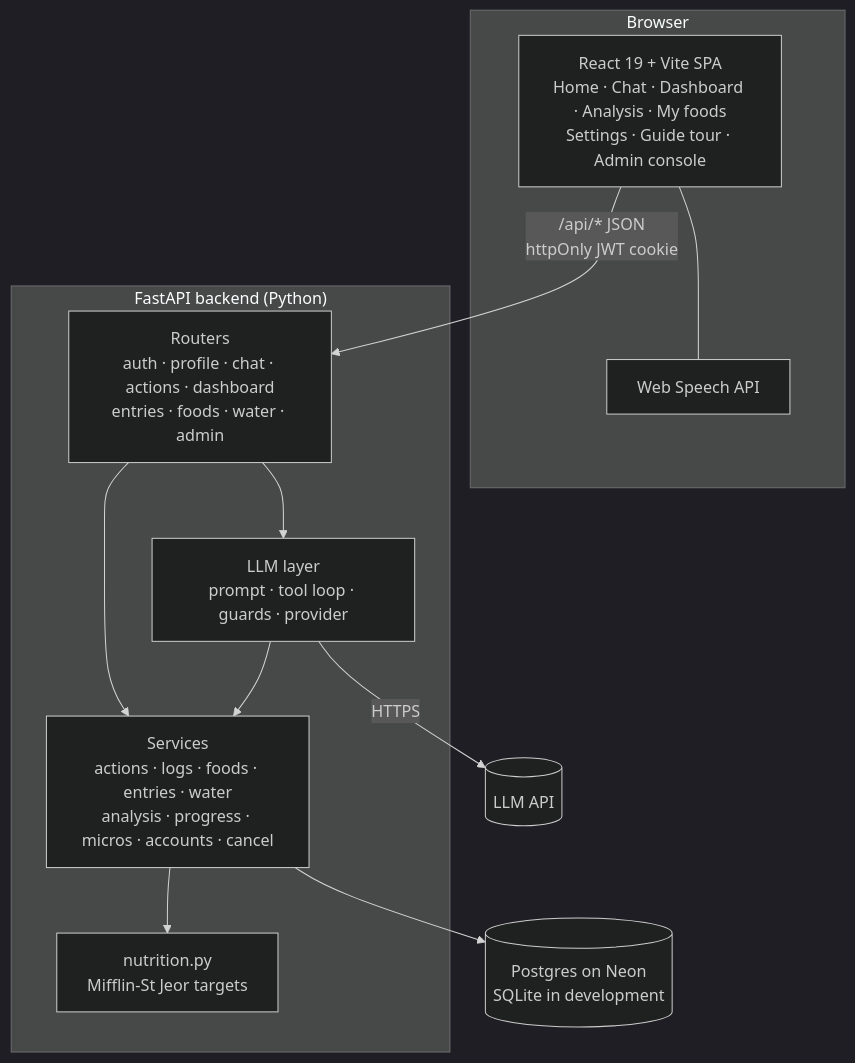
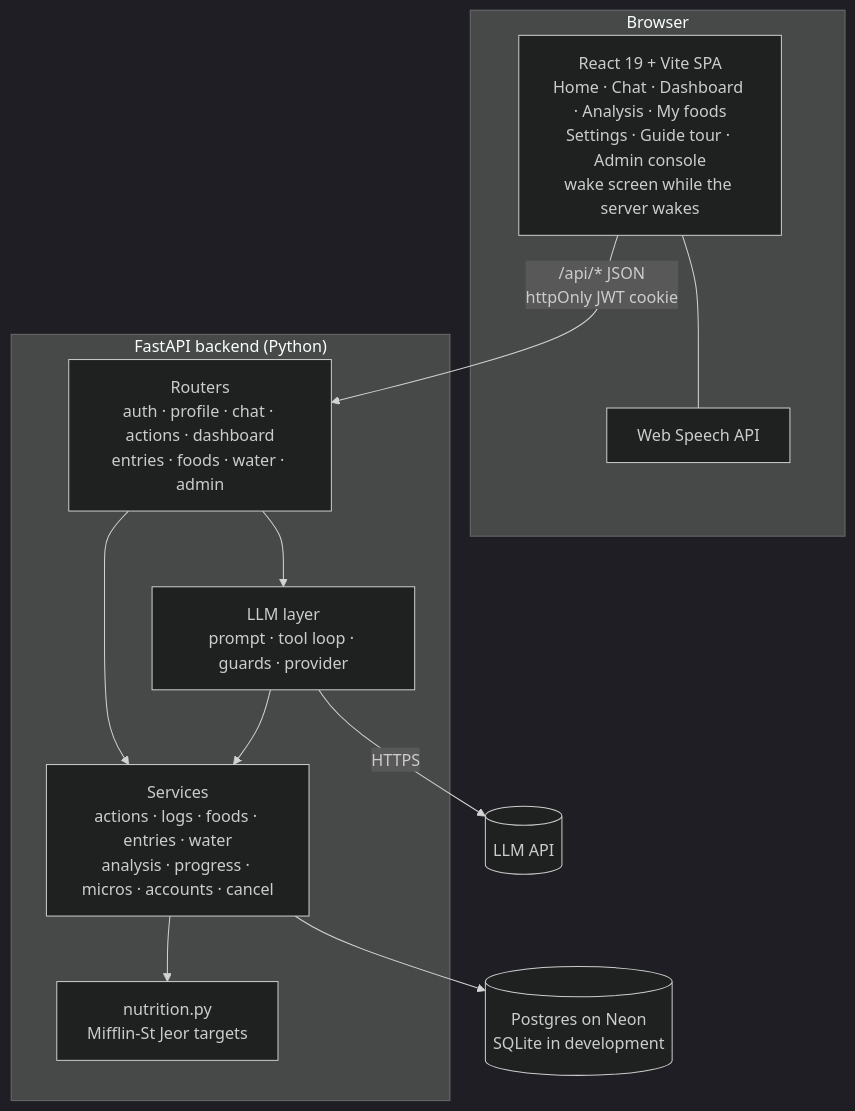
The second of 8 diagrams in docs/hld.md (NeoAnushka21/tracker_poc), drawn with Mermaid (dark theme) before and after one commit. The commit also changed 4 other files, not shown here.

Commit message:
Docs sweep before release: tour (summary card, tiles, Analysis), README launcher, deployment two services, repo layout

````diff
--- a/docs/hld.md
+++ b/docs/hld.md
@@ -36,26 +36,26 @@
 ```mermaid
 flowchart TB
     subgraph Browser
-        SPA[React 19 + Vite SPA<br/>Home · Chat · Dashboard · Analysis · My foods<br/>Settings · Guide tour · Admin console]
+        SPA[React 19 + Vite SPA<br/>Home · Chat · Dashboard · Analysis · My foods<br/>Settings · Guide tour · Admin console<br/>wake screen while the server wakes]
         STT[Web Speech API]
         SPA --- STT
     end
 
     subgraph Server["FastAPI backend (Python)"]
         R[Routers<br/>auth · profile · chat · actions · dashboard<br/>entries · foods · water · admin]
         L[LLM layer<br/>prompt · tool loop · guards · provider]
         S[Services<br/>actions · logs · foods · entries · water<br/>analysis · progress · micros · accounts · cancel]
         N[nutrition.py<br/>Mifflin-St Jeor targets]
         R --> L
         R --> S
         L --> S
         S --> N
     end
 
     DB[(Postgres on Neon<br/>SQLite in development)]
     LLM[(LLM API)]
 
     SPA -->|/api/* JSON<br/>httpOnly JWT cookie| R
     S --> DB
     L -->|HTTPS| LLM
 ```
````
